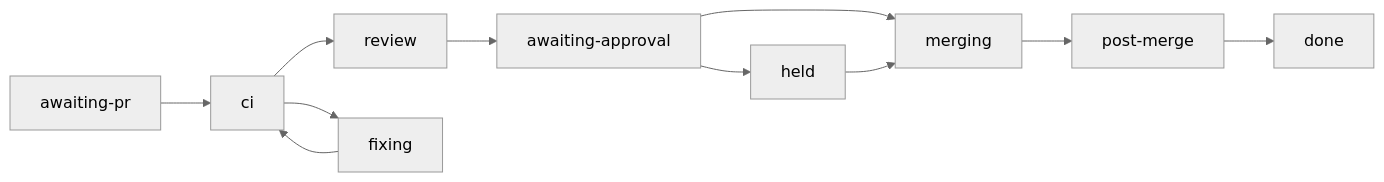
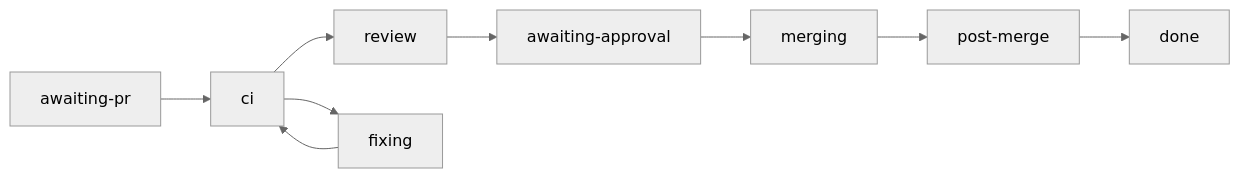
One commit to HJewkes/titan-platform changed the diagram in site/guides/shepherd.md. Above: the diagram before and after it, drawn with Mermaid (neutral theme). The commit also changed other lines of this file and 4 other files, not shown here.

First line of the commit message:
TP-1681: Keep the merging phase for a held run and bound the wait tests

````diff
--- a/site/guides/shepherd.md
+++ b/site/guides/shepherd.md
@@ -76,13 +76,11 @@
 ```mermaid
 graph LR
   awaitingPr["awaiting-pr"] --> ci
   ci --> review
   ci --> fixing
   fixing --> ci
   review --> approval["awaiting-approval"]
   approval --> merging
-  approval --> held
-  held --> merging
   merging --> postMerge["post-merge"]
   postMerge --> done
 ```
````
